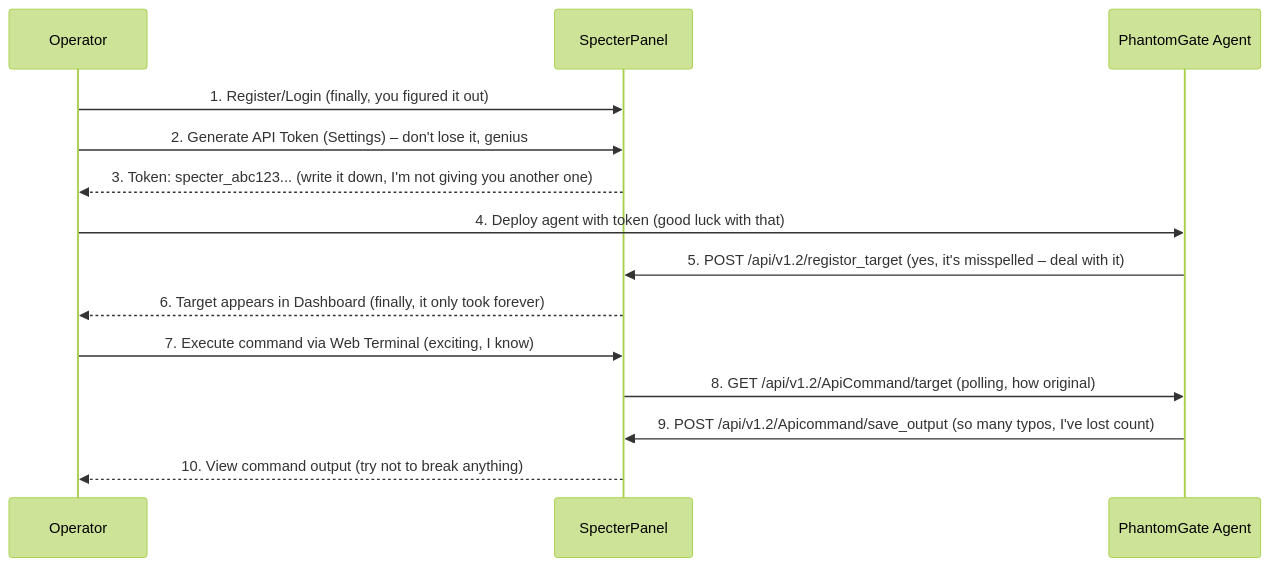
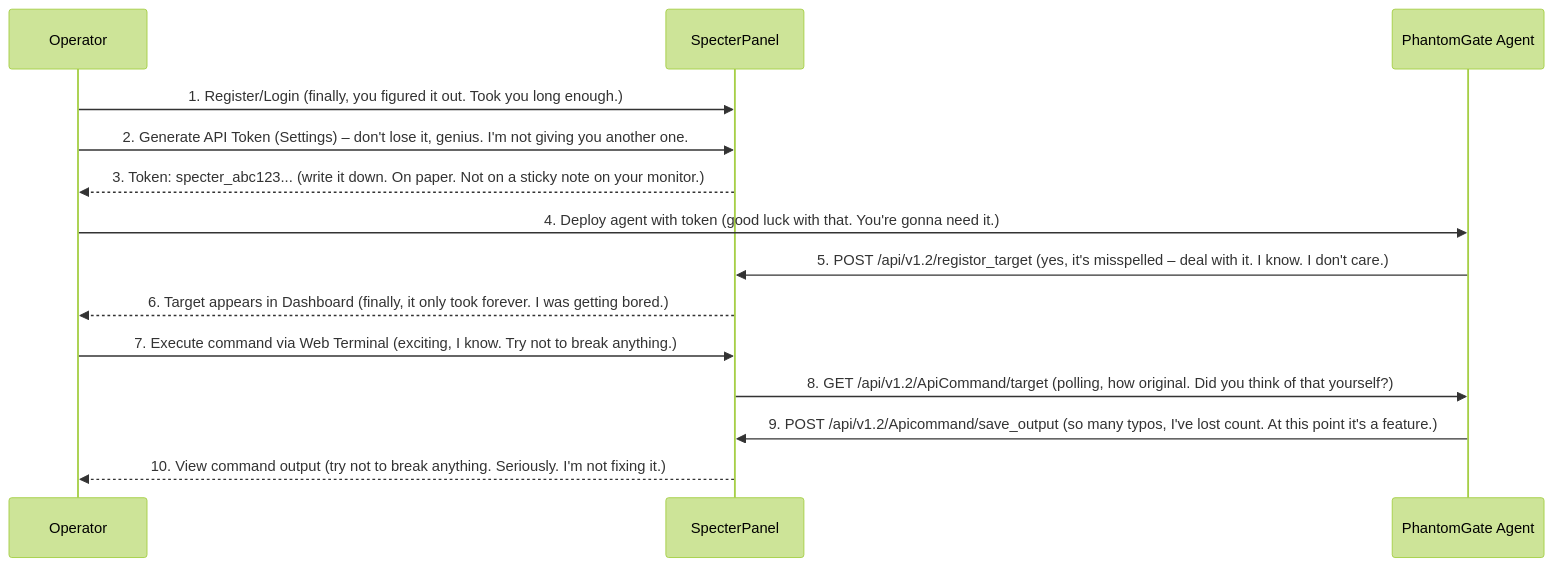
Before and after one commit to omerKkemal/oh-tool-v2: the diagram in README.md, drawn with Mermaid (forest theme). The commit also changed other lines of this file, not shown here.

````diff
--- a/README.md
+++ b/README.md
@@ -55,14 +58,14 @@
 ```mermaid
 sequenceDiagram
     
-    Operator ->> SpecterPanel: 1. Register/Login (finally, you figured it out)
-    Operator ->> SpecterPanel: 2. Generate API Token (Settings) – don't lose it, genius
-    SpecterPanel -->> Operator: 3. Token: specter_abc123... (write it down, I'm not giving you another one)
-    Operator ->> PhantomGate Agent: 4. Deploy agent with token (good luck with that)
-    PhantomGate Agent ->> SpecterPanel: 5. POST /api/v1.2/registor_target (yes, it's misspelled – deal with it)
-    SpecterPanel -->> Operator: 6. Target appears in Dashboard (finally, it only took forever)
-    Operator ->> SpecterPanel: 7. Execute command via Web Terminal (exciting, I know)
-    SpecterPanel ->> PhantomGate Agent: 8. GET /api/v1.2/ApiCommand/target (polling, how original)
-    PhantomGate Agent ->> SpecterPanel: 9. POST /api/v1.2/Apicommand/save_output (so many typos, I've lost count)
-    SpecterPanel -->> Operator: 10. View command output (try not to break anything)
+    Operator ->> SpecterPanel: 1. Register/Login (finally, you figured it out. Took you long enough.)
+    Operator ->> SpecterPanel: 2. Generate API Token (Settings) – don't lose it, genius. I'm not giving you another one.
+    SpecterPanel -->> Operator: 3. Token: specter_abc123... (write it down. On paper. Not on a sticky note on your monitor.)
+    Operator ->> PhantomGate Agent: 4. Deploy agent with token (good luck with that. You're gonna need it.)
+    PhantomGate Agent ->> SpecterPanel: 5. POST /api/v1.2/registor_target (yes, it's misspelled – deal with it. I know. I don't care.)
+    SpecterPanel -->> Operator: 6. Target appears in Dashboard (finally, it only took forever. I was getting bored.)
+    Operator ->> SpecterPanel: 7. Execute command via Web Terminal (exciting, I know. Try not to break anything.)
+    SpecterPanel ->> PhantomGate Agent: 8. GET /api/v1.2/ApiCommand/target (polling, how original. Did you think of that yourself?)
+    PhantomGate Agent ->> SpecterPanel: 9. POST /api/v1.2/Apicommand/save_output (so many typos, I've lost count. At this point it's a feature.)
+    SpecterPanel -->> Operator: 10. View command output (try not to break anything. Seriously. I'm not fixing it.)
 ```
````
